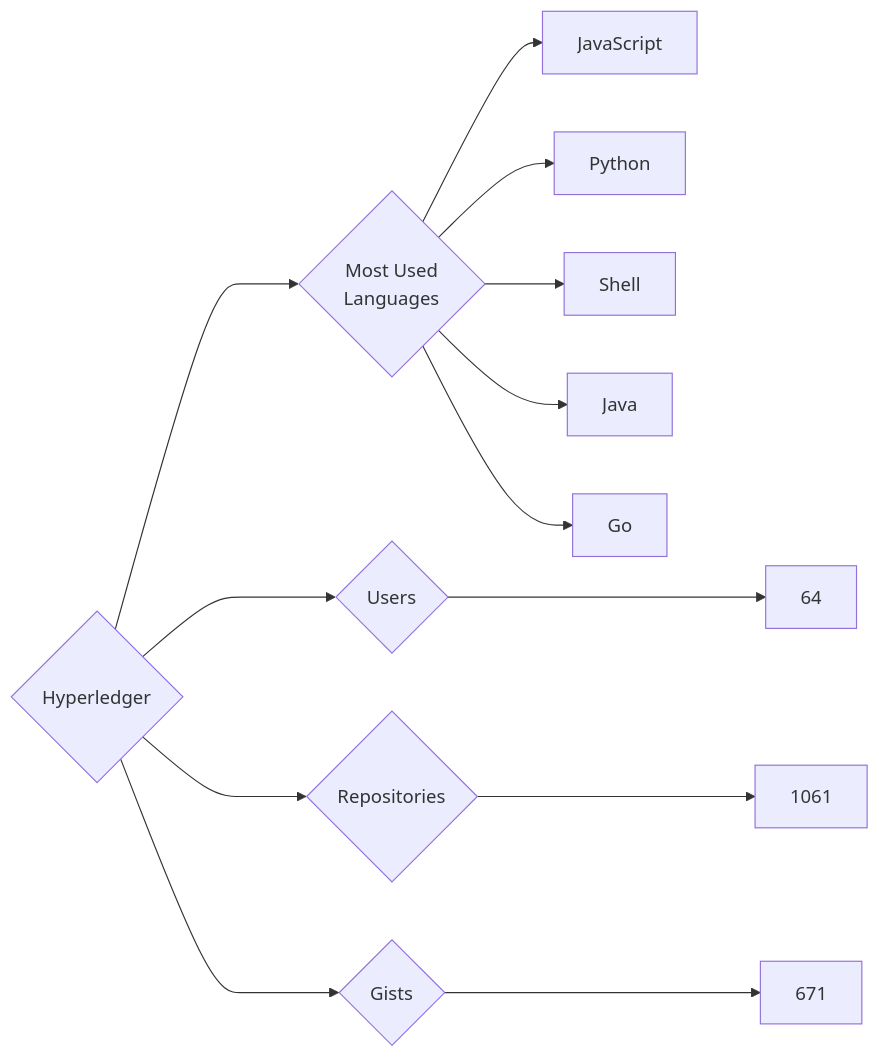
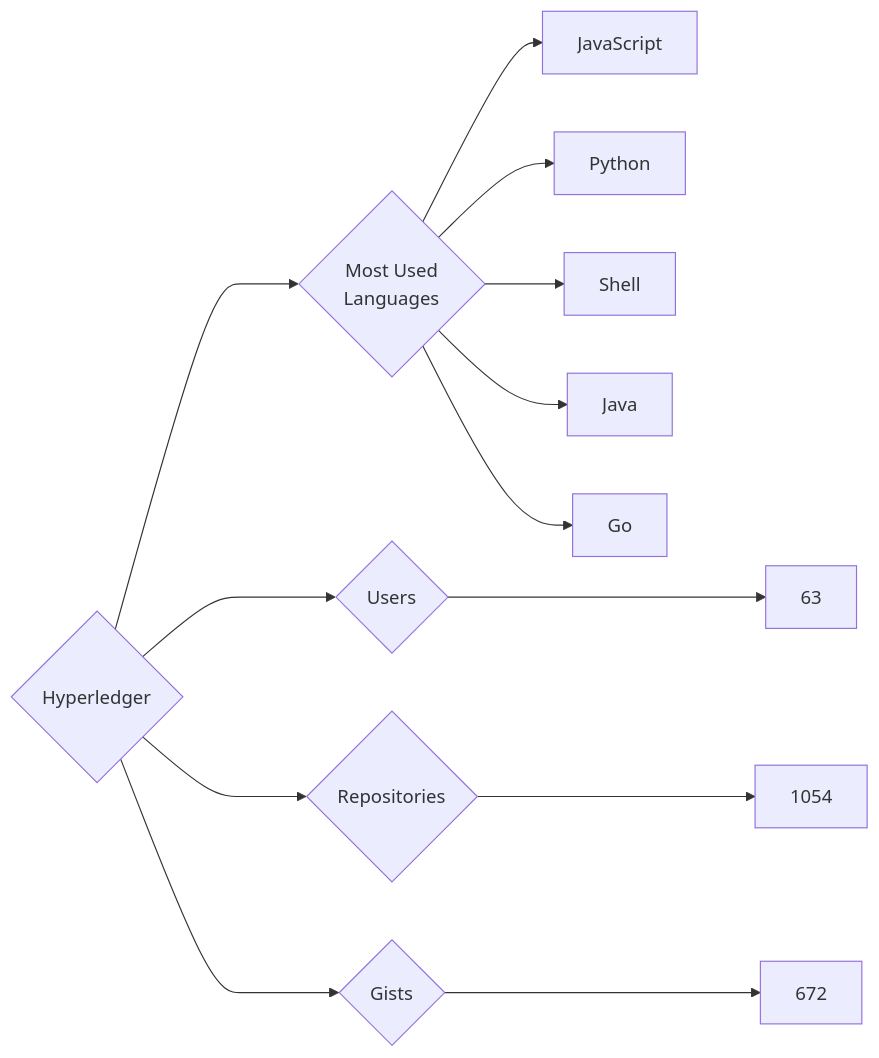
The diagram in targets/Hyperledger/README.md (trickest/insiders), drawn with Mermaid before and after one commit. The commit also changed 782 other files, not shown here.

````diff
--- a/targets/Hyperledger/README.md
+++ b/targets/Hyperledger/README.md
@@ -3,13 +3,13 @@
 ```mermaid
 graph LR
 COMPANY_NAME{Hyperledger}
-COMPANY_NAME ---> U{Users} ---> UN[64]
-COMPANY_NAME ---> R{Repositories} ---> RN[1061]
-COMPANY_NAME ---> G{Gists} ---> GN[671]
+COMPANY_NAME ---> U{Users} ---> UN[63]
+COMPANY_NAME ---> R{Repositories} ---> RN[1054]
+COMPANY_NAME ---> G{Gists} ---> GN[672]
 COMPANY_NAME ---> ML{Most Used<br>Languages}
 ML --> JavaScript[JavaScript]
 ML --> Python[Python]
 ML --> Shell[Shell]
 ML --> Java[Java]
 ML --> Go[Go]
 ```
````
